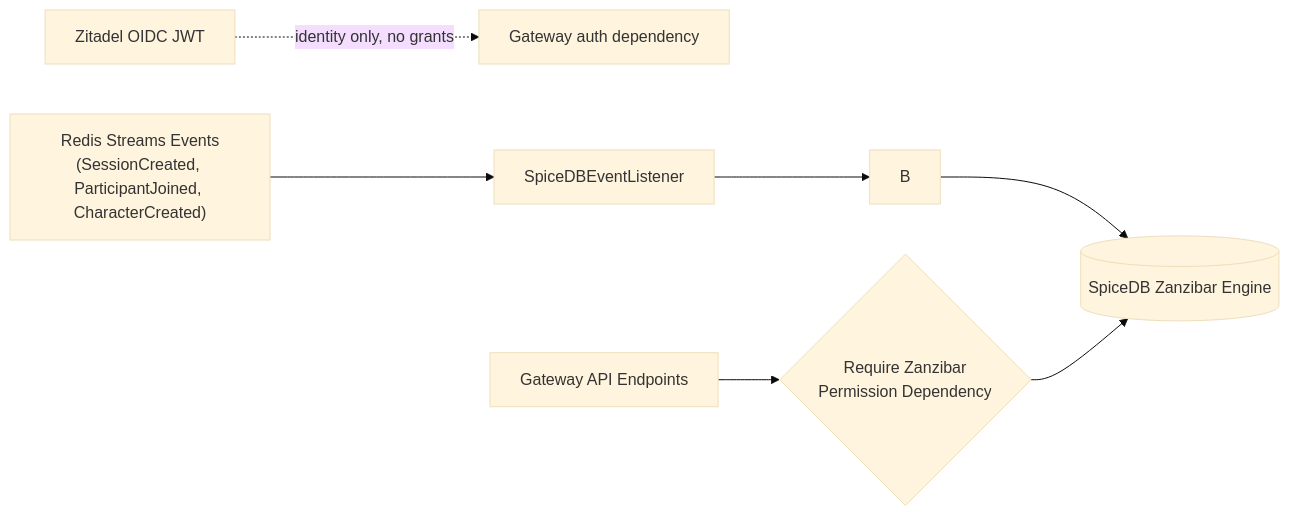
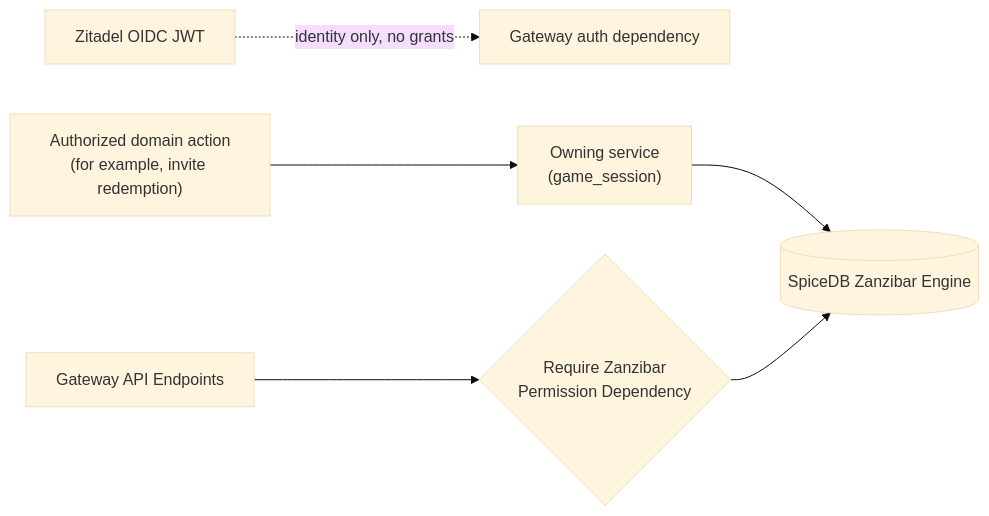
One commit to tyevans/runefoble changed the diagram in docs/reference/spicedb-zitadel-identity-sync.md. Above: the diagram before and after it, drawn with Mermaid (base theme). The commit also changed other lines of this file and 9 other files, not shown here.

````diff
--- a/docs/reference/spicedb-zitadel-identity-sync.md
+++ b/docs/reference/spicedb-zitadel-identity-sync.md
@@ -7,9 +12,8 @@
 ```mermaid
 flowchart LR
     A["Zitadel OIDC JWT"] -. "identity only, no grants" .-> H["Gateway auth dependency"]
-    E["Redis Streams Events<br/>(SessionCreated, ParticipantJoined, CharacterCreated)"] --> D["SpiceDBEventListener"]
-    D --> B
-    B --> C[("SpiceDB Zanzibar Engine")]
-    F["Gateway API Endpoints"] --> G{"Require Zanzibar<br/>Permission Dependency"}
-    G --> C
+    S["Authorized domain action<br/>(for example, invite redemption)"] --> G["Owning service<br/>(game_session)"]
+    G --> C[("SpiceDB Zanzibar Engine")]
+    F["Gateway API Endpoints"] --> D{"Require Zanzibar<br/>Permission Dependency"}
+    D --> C
 ```
````
